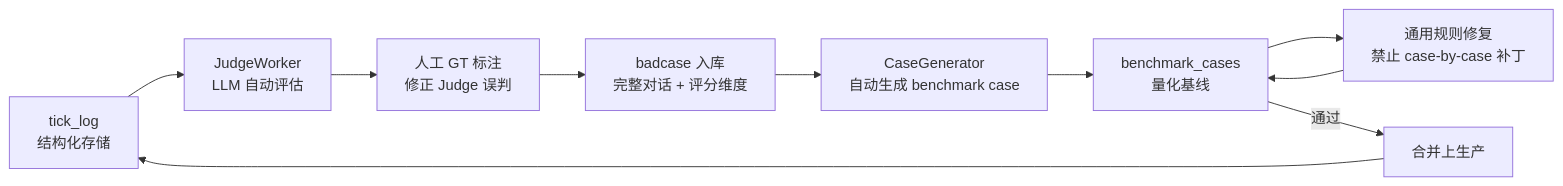
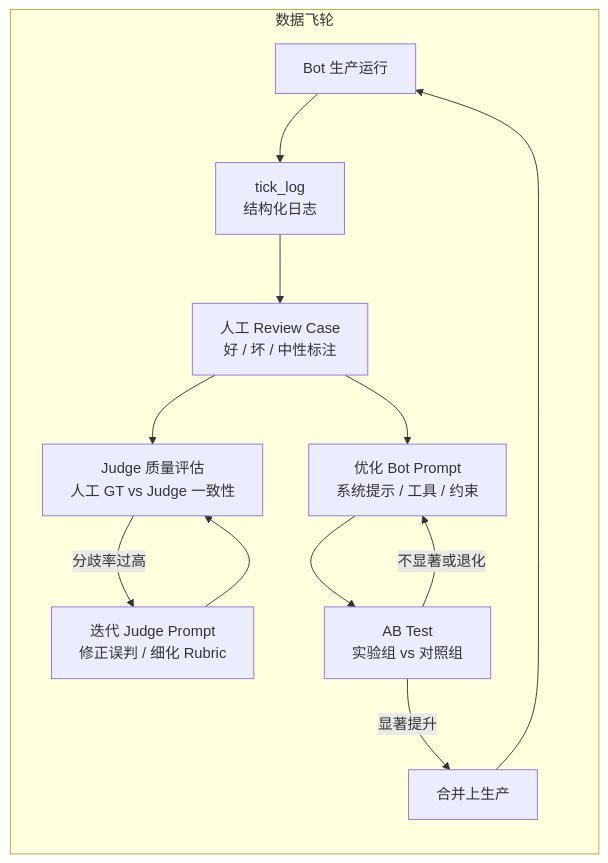
One commit to 899ms/wechat-mac-rpa changed the sixth of 6 diagrams in README.md. Above: the diagram before and after it, drawn with Mermaid. The commit also changed other lines of this file, not shown here.

First line of the commit message:
docs: rewrite data flywheel section with human review and AB test (#28)

````diff
--- a/README.md
+++ b/README.md
@@ -185,12 +185,17 @@
 ```mermaid
 graph LR
-    Tick["tick_log<br/>结构化存储"] --> Judge["JudgeWorker<br/>LLM 自动评估"]
-    Judge --> GT["人工 GT 标注<br/>修正 Judge 误判"]
-    GT --> Case["badcase 入库<br/>完整对话 + 评分维度"]
-    Case --> Gen["CaseGenerator<br/>自动生成 benchmark case"]
-    Gen --> Bench["benchmark_cases<br/>量化基线"]
-    Bench --> Fix["通用规则修复<br/>禁止 case-by-case 补丁"]
-    Fix --> Bench
-    Bench -->|通过| Prod["合并上生产"]
-    Prod --> Tick
+    subgraph Flywheel["数据飞轮"]
+        Prod[Bot 生产运行] --> Tick[tick_log<br/>结构化日志]
+        Tick --> Review[人工 Review Case<br/>好 / 坏 / 中性标注]
+
+        Review --> JudgeEval[Judge 质量评估<br/>人工 GT vs Judge 一致性]
+        JudgeEval -->|分歧率过高| JudgeIter[迭代 Judge Prompt<br/>修正误判 / 细化 Rubric]
+        JudgeIter --> JudgeEval
+
+        Review --> PromptOpt[优化 Bot Prompt<br/>系统提示 / 工具 / 约束]
+        PromptOpt --> ABTest[AB Test<br/>实验组 vs 对照组]
+        ABTest -->|显著提升| Merge[合并上生产]
+        Merge --> Prod
+        ABTest -->|不显著或退化| PromptOpt
+    end
 ```
````
